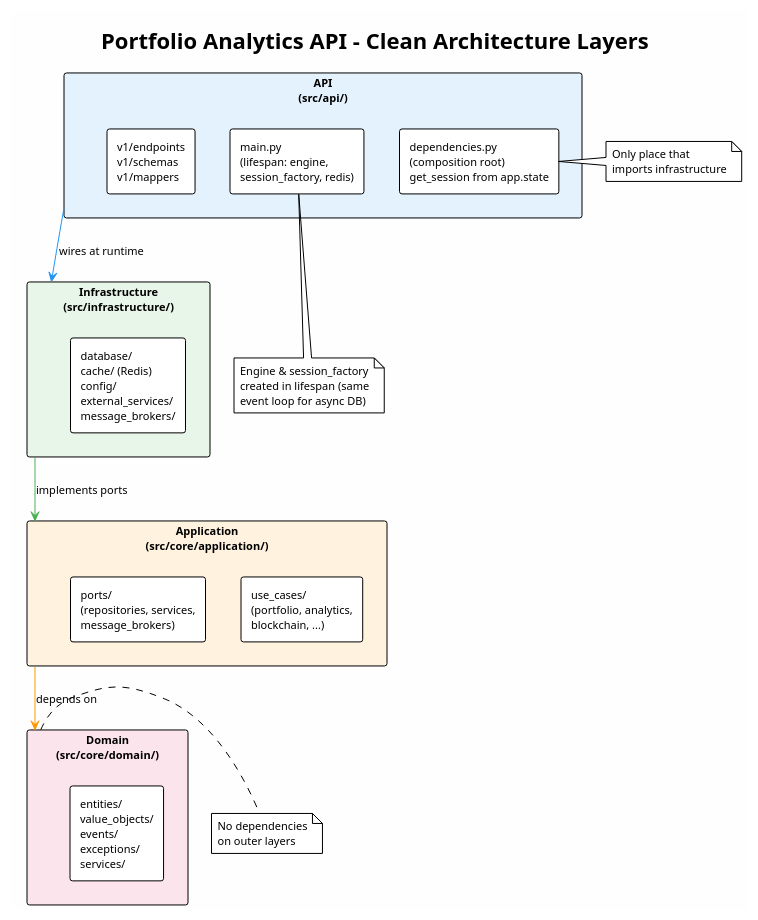
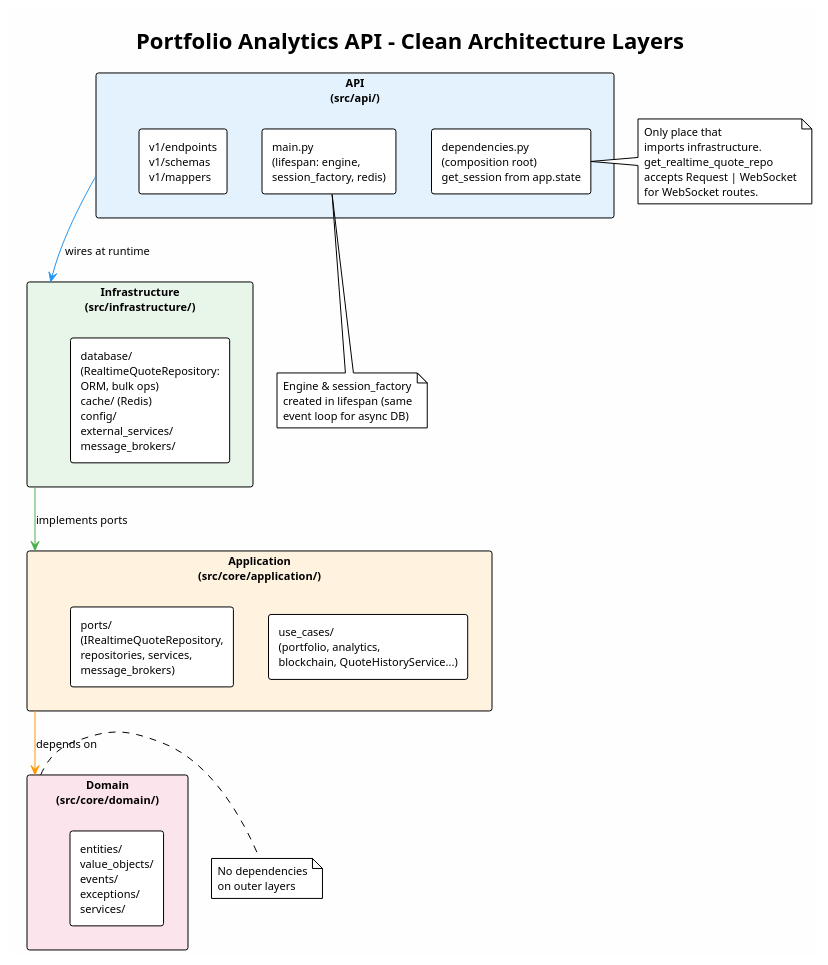
The diagram in docs/en/c4/clean-architecture-portfolio-api.puml (felixzhu97/finpulse), drawn with PlantUML before and after one commit. The commit also changed 111 other files, not shown here.

```diff
--- a/docs/en/c4/clean-architecture-portfolio-api.puml
+++ b/docs/en/c4/clean-architecture-portfolio-api.puml
@@ -1,47 +1,50 @@
 @startuml clean-architecture-portfolio-api
 !theme plain
 skinparam backgroundColor #FEFEFE
 skinparam defaultFontSize 11
 
 title Portfolio Analytics API - Clean Architecture Layers
 
 rectangle "**API**\n(src/api/)" as API #E3F2FD {
   rectangle "main.py\n(lifespan: engine,\nsession_factory, redis)" as LIFESPAN
   rectangle "dependencies.py\n(composition root)\nget_session from app.state" as DI
   rectangle "v1/endpoints\nv1/schemas\nv1/mappers" as WEB
 }
 
 rectangle "**Infrastructure**\n(src/infrastructure/)" as INFRA #E8F5E9 {
-  rectangle "database/\ncache/ (Redis)\nconfig/\nexternal_services/\nmessage_brokers/" as INFRA_IMPL
+  rectangle "database/\n(RealtimeQuoteRepository:\nORM, bulk ops)\ncache/ (Redis)\nconfig/\nexternal_services/\nmessage_brokers/" as INFRA_IMPL
 }
 
 rectangle "**Application**\n(src/core/application/)" as APP #FFF3E0 {
-  rectangle "use_cases/\n(portfolio, analytics,\nblockchain, ...)" as UC
-  rectangle "ports/\n(repositories, services,\nmessage_brokers)" as PORTS
+  rectangle "use_cases/\n(portfolio, analytics,\nblockchain, QuoteHistoryService...)" as UC
+  rectangle "ports/\n(IRealtimeQuoteRepository,\nrepositories, services,\nmessage_brokers)" as PORTS
 }
 
 rectangle "**Domain**\n(src/core/domain/)" as DOMAIN #FCE4EC {
   rectangle "entities/\nvalue_objects/\nevents/\nexceptions/\nservices/" as DOMAIN_IMPL
 }
 
 API -[#2196F3]-> INFRA : wires at runtime
 INFRA -[#4CAF50]-> APP : implements ports
 APP -[#FF9800]-> DOMAIN : depends on
 
 note right of DOMAIN
   No dependencies
   on outer layers
 end note
 
 note right of DI
   Only place that
-  imports infrastructure
+  imports infrastructure.
+  get_realtime_quote_repo
+  accepts Request | WebSocket
+  for WebSocket routes.
 end note
 
 note bottom of LIFESPAN
   Engine & session_factory
   created in lifespan (same
   event loop for async DB)
 end note
 
 @enduml
```
